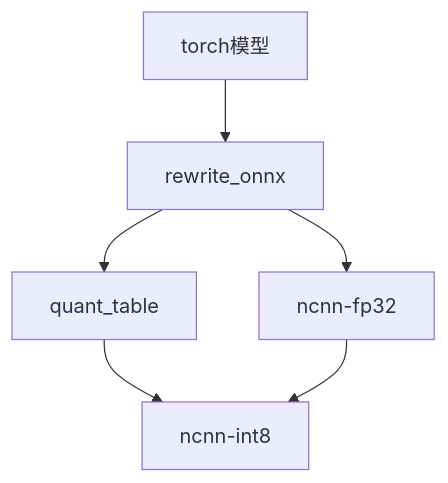
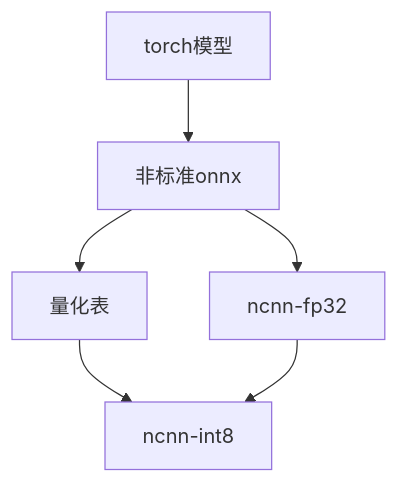
One commit to open-mmlab/mmdeploy changed the diagram in docs/zh_cn/02-how-to-run/quantize_model.md. Above: the diagram before and after it, drawn with Mermaid. The commit also changed other lines of this file and 4 other files, not shown here.

````diff
--- a/docs/zh_cn/02-how-to-run/quantize_model.md
+++ b/docs/zh_cn/02-how-to-run/quantize_model.md
@@ -17,8 +17,8 @@
 ```mermaid
 flowchart TD;
-     torch模型-->rewrite_onnx;
-     rewrite_onnx-->ncnn-fp32;
-     rewrite_onnx-->quant_table;
-     quant_table-->ncnn-int8;
+     torch模型-->非标准onnx;
+     非标准onnx-->ncnn-fp32;
+     非标准onnx-->量化表;
+     量化表-->ncnn-int8;
      ncnn-fp32-->ncnn-int8;
 ```
````
